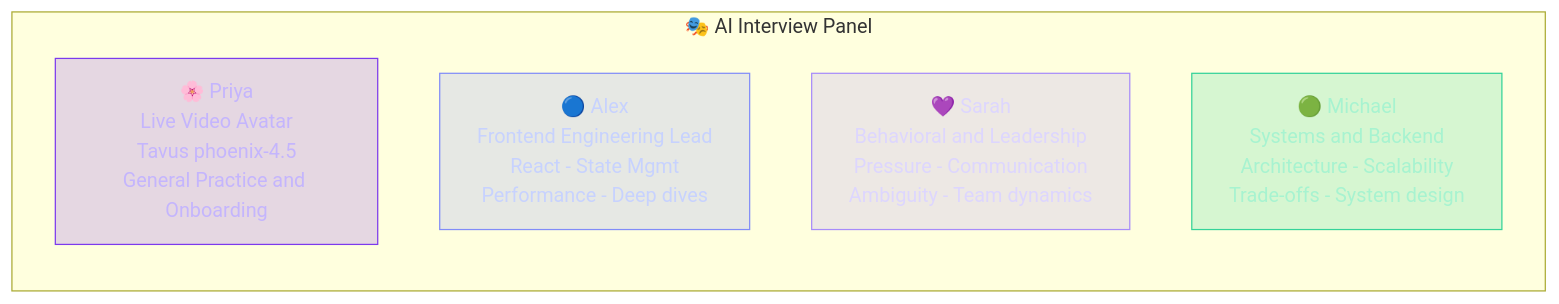
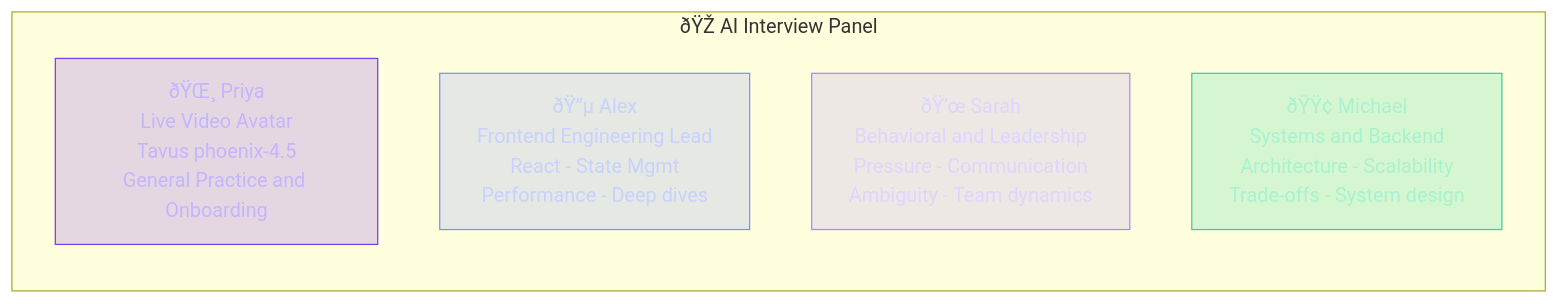
Before and after one commit to SurinderTech/interview-ai: the fourth of 7 diagrams in README.md, drawn with Mermaid. The commit also changed other lines of this file, not shown here.

Commit message:
fix: update live demo URL to interview-ai-n.vercel.app

````diff
--- a/README.md
+++ b/README.md
@@ -202,14 +202,14 @@
 ```mermaid
 graph LR
-    subgraph Panel["🎭 AI Interview Panel"]
-        PR["🌸 Priya\nLive Video Avatar\nTavus phoenix-4.5\nGeneral Practice and Onboarding"]
-        AL["🔵 Alex\nFrontend Engineering Lead\nReact - State Mgmt\nPerformance - Deep dives"]
-        SA["💜 Sarah\nBehavioral and Leadership\nPressure - Communication\nAmbiguity - Team dynamics"]
-        MI["🟢 Michael\nSystems and Backend\nArchitecture - Scalability\nTrade-offs - System design"]
+    subgraph Panel["ðŸŽ­ AI Interview Panel"]
+        PR["ðŸŒ¸ Priya\nLive Video Avatar\nTavus phoenix-4.5\nGeneral Practice and Onboarding"]
+        AL["ðŸ”µ Alex\nFrontend Engineering Lead\nReact - State Mgmt\nPerformance - Deep dives"]
+        SA["ðŸ’œ Sarah\nBehavioral and Leadership\nPressure - Communication\nAmbiguity - Team dynamics"]
+        MI["ðŸŸ¢ Michael\nSystems and Backend\nArchitecture - Scalability\nTrade-offs - System design"]
     end
 
     style PR fill:#7c3aed33,stroke:#7c3aed,color:#c4b5fd
     style AL fill:#818cf833,stroke:#818cf8,color:#c7d2fe
     style SA fill:#a78bfa33,stroke:#a78bfa,color:#ddd6fe
     style MI fill:#34d39933,stroke:#34d399,color:#a7f3d0
 ```
````
